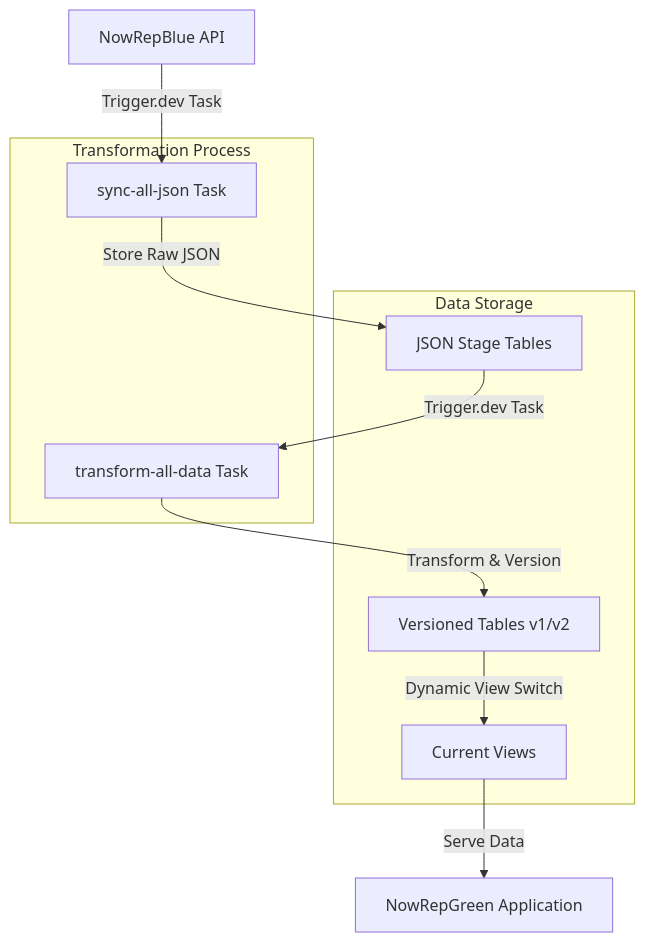
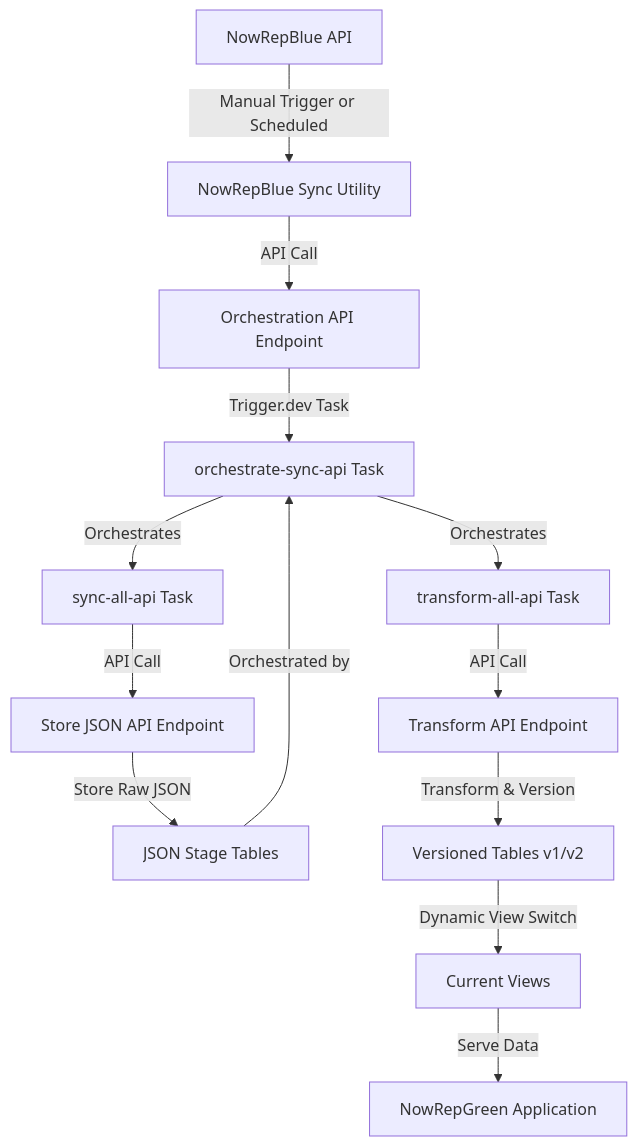
One commit to ed-andre/nowrepgreen changed the first of 2 diagrams in README.md. Above: the diagram before and after it, drawn with Mermaid. The commit also changed other lines of this file and 31 other files, not shown here.

First line of the commit message:
refactor(sync): Migrate to API-driven data synchronization architecture

````diff
--- a/README.md
+++ b/README.md
@@ -60,20 +60,15 @@
 ```mermaid
 graph TD
-    A[NowRepBlue API] -->|Trigger.dev Task| B[sync-all-json Task]
-    B -->|Store Raw JSON| C[JSON Stage Tables]
-    C -->|Trigger.dev Task| D[transform-all-data Task]
-    D -->|Transform & Version| E[Versioned Tables v1/v2]
-    E -->|Dynamic View Switch| F[Current Views]
-    F -->|Serve Data| G[NowRepGreen Application]
-
-    subgraph "Data Storage"
-    C
-    E
-    F
-    end
-
-    subgraph "Transformation Process"
-    B
-    D
-    end
+    A[NowRepBlue API] -->|Manual Trigger or Scheduled| B[NowRepBlue Sync Utility]
+    B -->|API Call| C[Orchestration API Endpoint]
+    C -->|Trigger.dev Task| D[orchestrate-sync-api Task]
+    D -->|Orchestrates| E[sync-all-api Task]
+    E -->|API Call| F[Store JSON API Endpoint]
+    F -->|Store Raw JSON| G[JSON Stage Tables]
+    G -->|Orchestrated by| D
+    D -->|Orchestrates| H[transform-all-api Task]
+    H -->|API Call| I[Transform API Endpoint]
+    I -->|Transform & Version| J[Versioned Tables v1/v2]
+    J -->|Dynamic View Switch| K[Current Views]
+    K -->|Serve Data| L[NowRepGreen Application]
 ```
````
